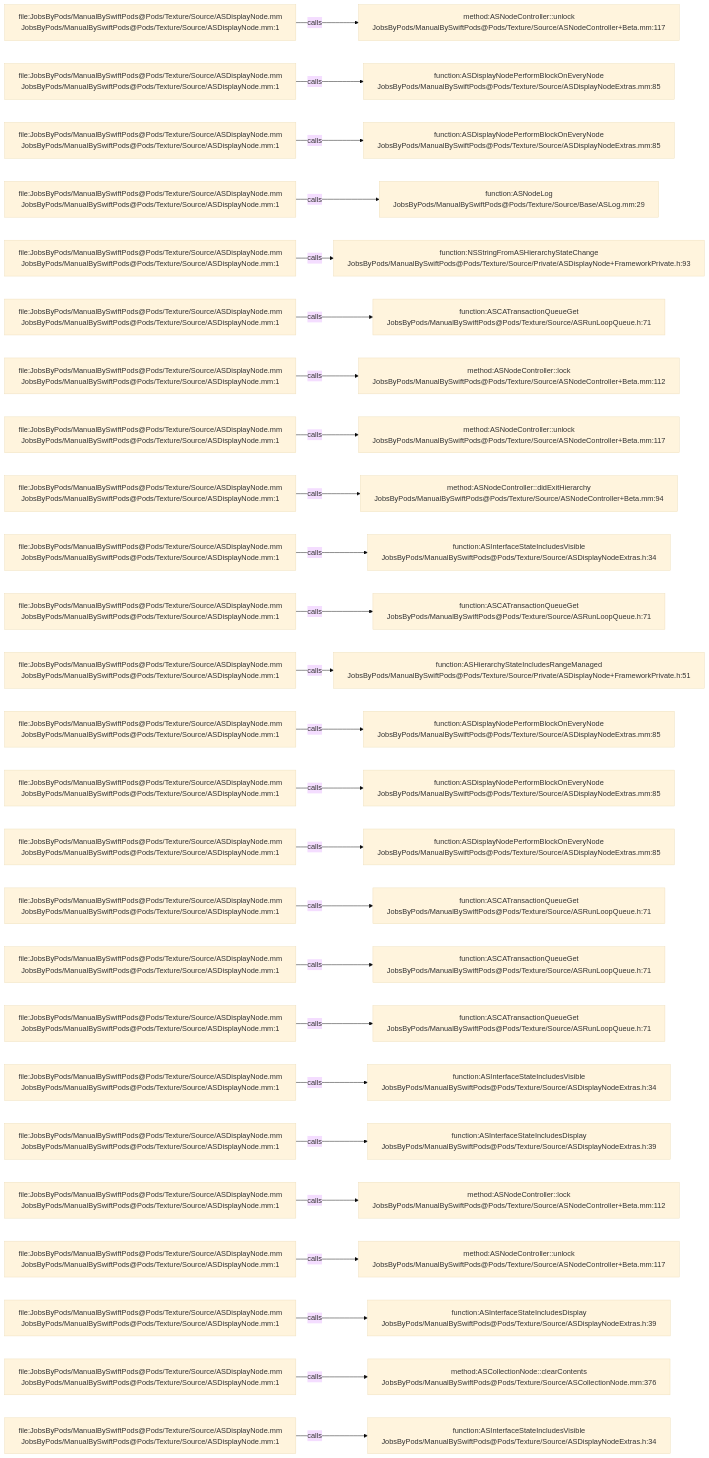
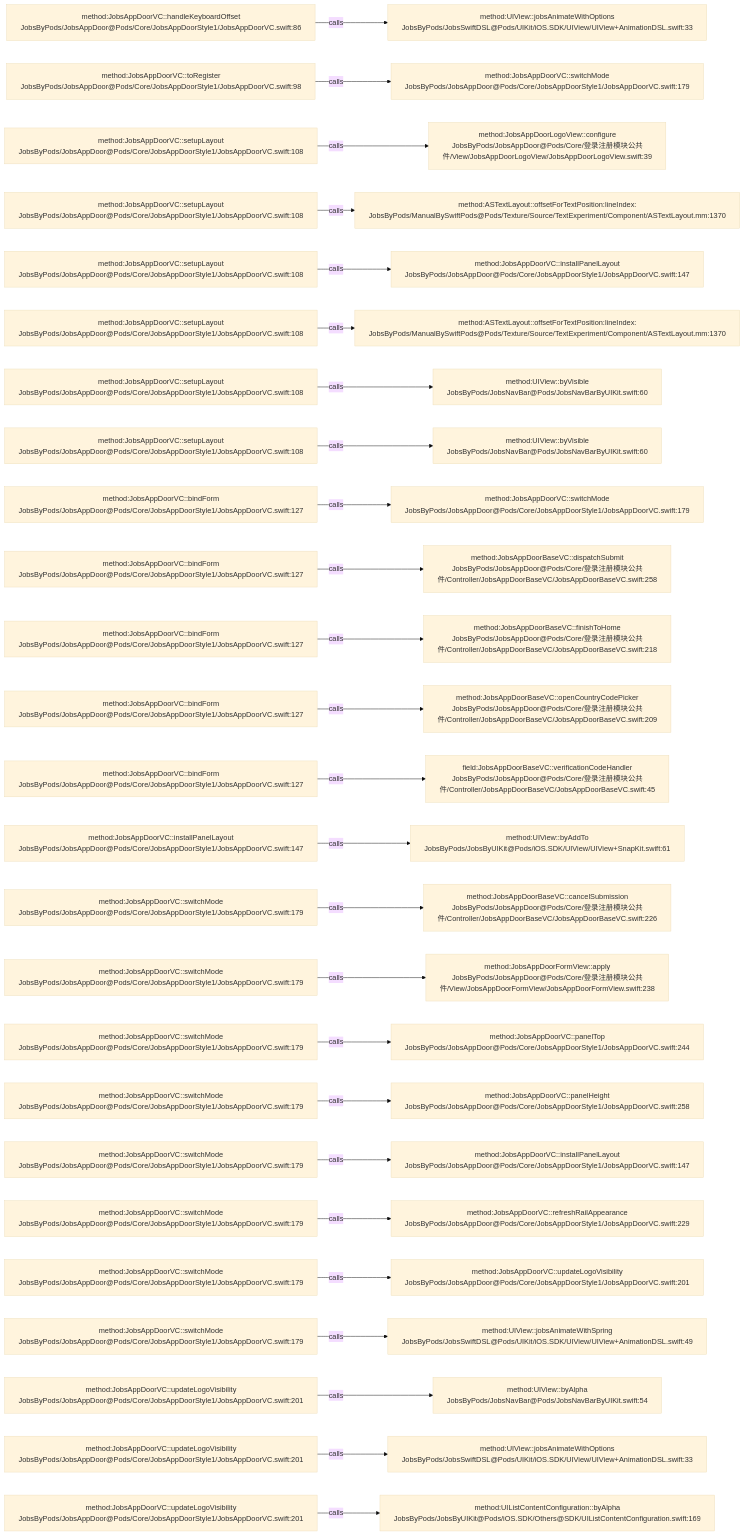
Before and after one commit to JobsKits/JobsSwiftBaseConfigDemo: the diagram in .codegraph/codegraph.md/graphs/calls-034.md, drawn with Mermaid (base theme). The commit also changed 224 other files, not shown here.

````diff
--- a/.codegraph/codegraph.md/graphs/calls-034.md
+++ b/.codegraph/codegraph.md/graphs/calls-034.md
@@ -13,78 +13,78 @@
 ```mermaid
 flowchart LR
-  S1["file:JobsByPods/ManualBySwiftPods@Pods/Texture/Source/ASDisplayNode.mm<br/>JobsByPods/ManualBySwiftPods@Pods/Texture/Source/ASDisplayNode.mm:1"]
-  T1["method:ASNodeController::unlock<br/>JobsByPods/ManualBySwiftPods@Pods/Texture/Source/ASNodeController+Beta.mm:117"]
+  S1["method:JobsAppDoorVC::handleKeyboardOffset<br/>JobsByPods/JobsAppDoor@Pods/Core/JobsAppDoorStyle1/JobsAppDoorVC.swift:86"]
+  T1["method:UIView::jobsAnimateWithOptions<br/>JobsByPods/JobsSwiftDSL@Pods/UIKit/iOS.SDK/UIView/UIView+AnimationDSL.swift:33"]
   S1 -->|calls| T1
-  S2["file:JobsByPods/ManualBySwiftPods@Pods/Texture/Source/ASDisplayNode.mm<br/>JobsByPods/ManualBySwiftPods@Pods/Texture/Source/ASDisplayNode.mm:1"]
-  T2["function:ASDisplayNodePerformBlockOnEveryNode<br/>JobsByPods/ManualBySwiftPods@Pods/Texture/Source/ASDisplayNodeExtras.mm:85"]
+  S2["method:JobsAppDoorVC::toRegister<br/>JobsByPods/JobsAppDoor@Pods/Core/JobsAppDoorStyle1/JobsAppDoorVC.swift:98"]
+  T2["method:JobsAppDoorVC::switchMode<br/>JobsByPods/JobsAppDoor@Pods/Core/JobsAppDoorStyle1/JobsAppDoorVC.swift:179"]
   S2 -->|calls| T2
-  S3["file:JobsByPods/ManualBySwiftPods@Pods/Texture/Source/ASDisplayNode.mm<br/>JobsByPods/ManualBySwiftPods@Pods/Texture/Source/ASDisplayNode.mm:1"]
-  T3["function:ASDisplayNodePerformBlockOnEveryNode<br/>JobsByPods/ManualBySwiftPods@Pods/Texture/Source/ASDisplayNodeExtras.mm:85"]
+  S3["method:JobsAppDoorVC::setupLayout<br/>JobsByPods/JobsAppDoor@Pods/Core/JobsAppDoorStyle1/JobsAppDoorVC.swift:108"]
+  T3["method:JobsAppDoorLogoView::configure<br/>JobsByPods/JobsAppDoor@Pods/Core/登录注册模块公共件/View/JobsAppDoorLogoView/JobsAppDoorLogoView.swift:39"]
   S3 -->|calls| T3
-  S4["file:JobsByPods/ManualBySwiftPods@Pods/Texture/Source/ASDisplayNode.mm<br/>JobsByPods/ManualBySwiftPods@Pods/Texture/Source/ASDisplayNode.mm:1"]
-  T4["function:ASNodeLog<br/>JobsByPods/ManualBySwiftPods@Pods/Texture/Source/Base/ASLog.mm:29"]
+  S4["method:JobsAppDoorVC::setupLayout<br/>JobsByPods/JobsAppDoor@Pods/Core/JobsAppDoorStyle1/JobsAppDoorVC.swift:108"]
+  T4["method:ASTextLayout::offsetForTextPosition:lineIndex:<br/>JobsByPods/ManualBySwiftPods@Pods/Texture/Source/TextExperiment/Component/ASTextLayout.mm:1370"]
   S4 -->|calls| T4
-  S5["file:JobsByPods/ManualBySwiftPods@Pods/Texture/Source/ASDisplayNode.mm<br/>JobsByPods/ManualBySwiftPods@Pods/Texture/Source/ASDisplayNode.mm:1"]
-  T5["function:NSStringFromASHierarchyStateChange<br/>JobsByPods/ManualBySwiftPods@Pods/Texture/Source/Private/ASDisplayNode+FrameworkPrivate.h:93"]
+  S5["method:JobsAppDoorVC::setupLayout<br/>JobsByPods/JobsAppDoor@Pods/Core/JobsAppDoorStyle1/JobsAppDoorVC.swift:108"]
+  T5["method:JobsAppDoorVC::installPanelLayout<br/>JobsByPods/JobsAppDoor@Pods/Core/JobsAppDoorStyle1/JobsAppDoorVC.swift:147"]
   S5 -->|calls| T5
-  S6["file:JobsByPods/ManualBySwiftPods@Pods/Texture/Source/ASDisplayNode.mm<br/>JobsByPods/ManualBySwiftPods@Pods/Texture/Source/ASDisplayNode.mm:1"]
-  T6["function:ASCATransactionQueueGet<br/>JobsByPods/ManualBySwiftPods@Pods/Texture/Source/ASRunLoopQueue.h:71"]
+  S6["method:JobsAppDoorVC::setupLayout<br/>JobsByPods/JobsAppDoor@Pods/Core/JobsAppDoorStyle1/JobsAppDoorVC.swift:108"]
+  T6["method:ASTextLayout::offsetForTextPosition:lineIndex:<br/>JobsByPods/ManualBySwiftPods@Pods/Texture/Source/TextExperiment/Component/ASTextLayout.mm:1370"]
   S6 -->|calls| T6
-  S7["file:JobsByPods/ManualBySwiftPods@Pods/Texture/Source/ASDisplayNode.mm<br/>JobsByPods/ManualBySwiftPods@Pods/Texture/Source/ASDisplayNode.mm:1"]
-  T7["method:ASNodeController::lock<br/>JobsByPods/ManualBySwiftPods@Pods/Texture/Source/ASNodeController+Beta.mm:112"]
+  S7["method:JobsAppDoorVC::setupLayout<br/>JobsByPods/JobsAppDoor@Pods/Core/JobsAppDoorStyle1/JobsAppDoorVC.swift:108"]
+  T7["method:UIView::byVisible<br/>JobsByPods/JobsNavBar@Pods/JobsNavBarByUIKit.swift:60"]
   S7 -->|calls| T7
-  S8["file:JobsByPods/ManualBySwiftPods@Pods/Texture/Source/ASDisplayNode.mm<br/>JobsByPods/ManualBySwiftPods@Pods/Texture/Source/ASDisplayNode.mm:1"]
-  T8["method:ASNodeController::unlock<br/>JobsByPods/ManualBySwiftPods@Pods/Texture/Source/ASNodeController+Beta.mm:117"]
+  S8["method:JobsAppDoorVC::setupLayout<br/>JobsByPods/JobsAppDoor@Pods/Core/JobsAppDoorStyle1/JobsAppDoorVC.swift:108"]
+  T8["method:UIView::byVisible<br/>JobsByPods/JobsNavBar@Pods/JobsNavBarByUIKit.swift:60"]
   S8 -->|calls| T8
-  S9["file:JobsByPods/ManualBySwiftPods@Pods/Texture/Source/ASDisplayNode.mm<br/>JobsByPods/ManualBySwiftPods@Pods/Texture/Source/ASDisplayNode.mm:1"]
-  T9["method:ASNodeController::didExitHierarchy<br/>JobsByPods/ManualBySwiftPods@Pods/Texture/Source/ASNodeController+Beta.mm:94"]
+  S9["method:JobsAppDoorVC::bindForm<br/>JobsByPods/JobsAppDoor@Pods/Core/JobsAppDoorStyle1/JobsAppDoorVC.swift:127"]
+  T9["method:JobsAppDoorVC::switchMode<br/>JobsByPods/JobsAppDoor@Pods/Core/JobsAppDoorStyle1/JobsAppDoorVC.swift:179"]
   S9 -->|calls| T9
-  S10["file:JobsByPods/ManualBySwiftPods@Pods/Texture/Source/ASDisplayNode.mm<br/>JobsByPods/ManualBySwiftPods@Pods/Texture/Source/ASDisplayNode.mm:1"]
-  T10["function:ASInterfaceStateIncludesVisible<br/>JobsByPods/ManualBySwiftPods@Pods/Texture/Source/ASDisplayNodeExtras.h:34"]
+  S10["method:JobsAppDoorVC::bindForm<br/>JobsByPods/JobsAppDoor@Pods/Core/JobsAppDoorStyle1/JobsAppDoorVC.swift:127"]
+  T10["method:JobsAppDoorBaseVC::dispatchSubmit<br/>JobsByPods/JobsAppDoor@Pods/Core/登录注册模块公共件/Controller/JobsAppDoorBaseVC/JobsAppDoorBaseVC.swift:258"]
   S10 -->|calls| T10
-  S11["file:JobsByPods/ManualBySwiftPods@Pods/Texture/Source/ASDisplayNode.mm<br/>JobsByPods/ManualBySwiftPods@Pods/Texture/Source/ASDisplayNode.mm:1"]
-  T11["function:ASCATransactionQueueGet<br/>JobsByPods/ManualBySwiftPods@Pods/Texture/Source/ASRunLoopQueue.h:71"]
+  S11["method:JobsAppDoorVC::bindForm<br/>JobsByPods/JobsAppDoor@Pods/Core/JobsAppDoorStyle1/JobsAppDoorVC.swift:127"]
+  T11["method:JobsAppDoorBaseVC::finishToHome<br/>JobsByPods/JobsAppDoor@Pods/Core/登录注册模块公共件/Controller/JobsAppDoorBaseVC/JobsAppDoorBaseVC.swift:218"]
   S11 -->|calls| T11
-  S12["file:JobsByPods/ManualBySwiftPods@Pods/Texture/Source/ASDisplayNode.mm<br/>JobsByPods/ManualBySwiftPods@Pods/Texture/Source/ASDisplayNode.mm:1"]
-  T12["function:ASHierarchyStateIncludesRangeManaged<br/>JobsByPods/ManualBySwiftPods@Pods/Texture/Source/Private/ASDisplayNode+FrameworkPrivate.h:51"]
+  S12["method:JobsAppDoorVC::bindForm<br/>JobsByPods/JobsAppDoor@Pods/Core/JobsAppDoorStyle1/JobsAppDoorVC.swift:127"]
+  T12["method:JobsAppDoorBaseVC::openCountryCodePicker<br/>JobsByPods/JobsAppDoor@Pods/Core/登录注册模块公共件/Controller/JobsAppDoorBaseVC/JobsAppDoorBaseVC.swift:209"]
   S12 -->|calls| T12
-  S13["file:JobsByPods/ManualBySwiftPods@Pods/Texture/Source/ASDisplayNode.mm<br/>JobsByPods/ManualBySwiftPods@Pods/Texture/Source/ASDisplayNode.mm:1"]
-  T13["function:ASDisplayNodePerformBlockOnEveryNode<br/>JobsByPods/ManualBySwiftPods@Pods/Texture/Source/ASDisplayNodeExtras.mm:85"]
+  S13["method:JobsAppDoorVC::bindForm<br/>JobsByPods/JobsAppDoor@Pods/Core/JobsAppDoorStyle1/JobsAppDoorVC.swift:127"]
+  T13["field:JobsAppDoorBaseVC::verificationCodeHandler<br/>JobsByPods/JobsAppDoor@Pods/Core/登录注册模块公共件/Controller/JobsAppDoorBaseVC/JobsAppDoorBaseVC.swift:45"]
   S13 -->|calls| T13
-  S14["file:JobsByPods/ManualBySwiftPods@Pods/Texture/Source/ASDisplayNode.mm<br/>JobsByPods/ManualBySwiftPods@Pods/Texture/Source/ASDisplayNode.mm:1"]
-  T14["function:ASDisplayNodePerformBlockOnEveryNode<br/>JobsByPods/ManualBySwiftPods@Pods/Texture/Source/ASDisplayNodeExtras.mm:85"]
+  S14["method:JobsAppDoorVC::installPanelLayout<br/>JobsByPods/JobsAppDoor@Pods/Core/JobsAppDoorStyle1/JobsAppDoorVC.swift:147"]
+  T14["method:UIView::byAddTo<br/>JobsByPods/JobsByUIKit@Pods/iOS.SDK/UIView/UIView+SnapKit.swift:61"]
   S14 -->|calls| T14
-  S15["file:JobsByPods/ManualBySwiftPods@Pods/Texture/Source/ASDisplayNode.mm<br/>JobsByPods/ManualBySwiftPods@Pods/Texture/Source/ASDisplayNode.mm:1"]
-  T15["function:ASDisplayNodePerformBlockOnEveryNode<br/>JobsByPods/ManualBySwiftPods@Pods/Texture/Source/ASDisplayNodeExtras.mm:85"]
+  S15["method:JobsAppDoorVC::switchMode<br/>JobsByPods/JobsAppDoor@Pods/Core/JobsAppDoorStyle1/JobsAppDoorVC.swift:179"]
+  T15["method:JobsAppDoorBaseVC::cancelSubmission<br/>JobsByPods/JobsAppDoor@Pods/Core/登录注册模块公共件/Controller/JobsAppDoorBaseVC/JobsAppDoorBaseVC.swift:226"]
   S15 -->|calls| T15
-  S16["file:JobsByPods/ManualBySwiftPods@Pods/Texture/Source/ASDisplayNode.mm<br/>JobsByPods/ManualBySwiftPods@Pods/Texture/Source/ASDisplayNode.mm:1"]
-  T16["function:ASCATransactionQueueGet<br/>JobsByPods/ManualBySwiftPods@Pods/Texture/Source/ASRunLoopQueue.h:71"]
+  S16["method:JobsAppDoorVC::switchMode<br/>JobsByPods/JobsAppDoor@Pods/Core/JobsAppDoorStyle1/JobsAppDoorVC.swift:179"]
+  T16["method:JobsAppDoorFormView::apply<br/>JobsByPods/JobsAppDoor@Pods/Core/登录注册模块公共件/View/JobsAppDoorFormView/JobsAppDoorFormView.swift:238"]
   S16 -->|calls| T16
-  S17["file:JobsByPods/ManualBySwiftPods@Pods/Texture/Source/ASDisplayNode.mm<br/>JobsByPods/ManualBySwiftPods@Pods/Texture/Source/ASDisplayNode.mm:1"]
-  T17["function:ASCATransactionQueueGet<br/>JobsByPods/ManualBySwiftPods@Pods/Texture/Source/ASRunLoopQueue.h:71"]
+  S17["method:JobsAppDoorVC::switchMode<br/>JobsByPods/JobsAppDoor@Pods/Core/JobsAppDoorStyle1/JobsAppDoorVC.swift:179"]
+  T17["method:JobsAppDoorVC::panelTop<br/>JobsByPods/JobsAppDoor@Pods/Core/JobsAppDoorStyle1/JobsAppDoorVC.swift:244"]
   S17 -->|calls| T17
-  S18["file:JobsByPods/ManualBySwiftPods@Pods/Texture/Source/ASDisplayNode.mm<br/>JobsByPods/ManualBySwiftPods@Pods/Texture/Source/ASDisplayNode.mm:1"]
-  T18["function:ASCATransactionQueueGet<br/>JobsByPods/ManualBySwiftPods@Pods/Texture/Source/ASRunLoopQueue.h:71"]
+  S18["method:JobsAppDoorVC::switchMode<br/>JobsByPods/JobsAppDoor@Pods/Core/JobsAppDoorStyle1/JobsAppDoorVC.swift:179"]
+  T18["method:JobsAppDoorVC::panelHeight<br/>JobsByPods/JobsAppDoor@Pods/Core/JobsAppDoorStyle1/JobsAppDoorVC.swift:258"]
   S18 -->|calls| T18
-  S19["file:JobsByPods/ManualBySwiftPods@Pods/Texture/Source/ASDisplayNode.mm<br/>JobsByPods/ManualBySwiftPods@Pods/Texture/Source/ASDisplayNode.mm:1"]
-  T19["function:ASInterfaceStateIncludesVisible<br/>JobsByPods/ManualBySwiftPods@Pods/Texture/Source/ASDisplayNodeExtras.h:34"]
+  S19["method:JobsAppDoorVC::switchMode<br/>JobsByPods/JobsAppDoor@Pods/Core/JobsAppDoorStyle1/JobsAppDoorVC.swift:179"]
+  T19["method:JobsAppDoorVC::installPanelLayout<br/>JobsByPods/JobsAppDoor@Pods/Core/JobsAppDoorStyle1/JobsAppDoorVC.swift:147"]
   S19 -->|calls| T19
-  S20["file:JobsByPods/ManualBySwiftPods@Pods/Texture/Source/ASDisplayNode.mm<br/>JobsByPods/ManualBySwiftPods@Pods/Texture/Source/ASDisplayNode.mm:1"]
-  T20["function:ASInterfaceStateIncludesDisplay<br/>JobsByPods/ManualBySwiftPods@Pods/Texture/Source/ASDisplayNodeExtras.h:39"]
+  S20["method:JobsAppDoorVC::switchMode<br/>JobsByPods/JobsAppDoor@Pods/Core/JobsAppDoorStyle1/JobsAppDoorVC.swift:179"]
+  T20["method:JobsAppDoorVC::refreshRailAppearance<br/>JobsByPods/JobsAppDoor@Pods/Core/JobsAppDoorStyle1/JobsAppDoorVC.swift:229"]
   S20 -->|calls| T20
-  S21["file:JobsByPods/ManualBySwiftPods@Pods/Texture/Source/ASDisplayNode.mm<br/>JobsByPods/ManualBySwiftPods@Pods/Texture/Source/ASDisplayNode.mm:1"]
-  T21["method:ASNodeController::lock<br/>JobsByPods/ManualBySwiftPods@Pods/Texture/Source/ASNodeController+Beta.mm:112"]
+  S21["method:JobsAppDoorVC::switchMode<br/>JobsByPods/JobsAppDoor@Pods/Core/JobsAppDoorStyle1/JobsAppDoorVC.swift:179"]
+  T21["method:JobsAppDoorVC::updateLogoVisibility<br/>JobsByPods/JobsAppDoor@Pods/Core/JobsAppDoorStyle1/JobsAppDoorVC.swift:201"]
   S21 -->|calls| T21
-  S22["file:JobsByPods/ManualBySwiftPods@Pods/Texture/Source/ASDisplayNode.mm<br/>JobsByPods/ManualBySwiftPods@Pods/Texture/Source/ASDisplayNode.mm:1"]
-  T22["method:ASNodeController::unlock<br/>JobsByPods/ManualBySwiftPods@Pods/Texture/Source/ASNodeController+Beta.mm:117"]
+  S22["method:JobsAppDoorVC::switchMode<br/>JobsByPods/JobsAppDoor@Pods/Core/JobsAppDoorStyle1/JobsAppDoorVC.swift:179"]
+  T22["method:UIView::jobsAnimateWithSpring<br/>JobsByPods/JobsSwiftDSL@Pods/UIKit/iOS.SDK/UIView/UIView+AnimationDSL.swift:49"]
   S22 -->|calls| T22
-  S23["file:JobsByPods/ManualBySwiftPods@Pods/Texture/Source/ASDisplayNode.mm<br/>JobsByPods/ManualBySwiftPods@Pods/Texture/Source/ASDisplayNode.mm:1"]
-  T23["function:ASInterfaceStateIncludesDisplay<br/>JobsByPods/ManualBySwiftPods@Pods/Texture/Source/ASDisplayNodeExtras.h:39"]
+  S23["method:JobsAppDoorVC::updateLogoVisibility<br/>JobsByPods/JobsAppDoor@Pods/Core/JobsAppDoorStyle1/JobsAppDoorVC.swift:201"]
+  T23["method:UIView::byAlpha<br/>JobsByPods/JobsNavBar@Pods/JobsNavBarByUIKit.swift:54"]
   S23 -->|calls| T23
-  S24["file:JobsByPods/ManualBySwiftPods@Pods/Texture/Source/ASDisplayNode.mm<br/>JobsByPods/ManualBySwiftPods@Pods/Texture/Source/ASDisplayNode.mm:1"]
-  T24["method:ASCollectionNode::clearContents<br/>JobsByPods/ManualBySwiftPods@Pods/Texture/Source/ASCollectionNode.mm:376"]
+  S24["method:JobsAppDoorVC::updateLogoVisibility<br/>JobsByPods/JobsAppDoor@Pods/Core/JobsAppDoorStyle1/JobsAppDoorVC.swift:201"]
+  T24["method:UIView::jobsAnimateWithOptions<br/>JobsByPods/JobsSwiftDSL@Pods/UIKit/iOS.SDK/UIView/UIView+AnimationDSL.swift:33"]
   S24 -->|calls| T24
-  S25["file:JobsByPods/ManualBySwiftPods@Pods/Texture/Source/ASDisplayNode.mm<br/>JobsByPods/ManualBySwiftPods@Pods/Texture/Source/ASDisplayNode.mm:1"]
-  T25["function:ASInterfaceStateIncludesVisible<br/>JobsByPods/ManualBySwiftPods@Pods/Texture/Source/ASDisplayNodeExtras.h:34"]
+  S25["method:JobsAppDoorVC::updateLogoVisibility<br/>JobsByPods/JobsAppDoor@Pods/Core/JobsAppDoorStyle1/JobsAppDoorVC.swift:201"]
+  T25["method:UIListContentConfiguration::byAlpha<br/>JobsByPods/JobsByUIKit@Pods/iOS.SDK/Others@SDK/UIListContentConfiguration.swift:169"]
   S25 -->|calls| T25
 ```
````
